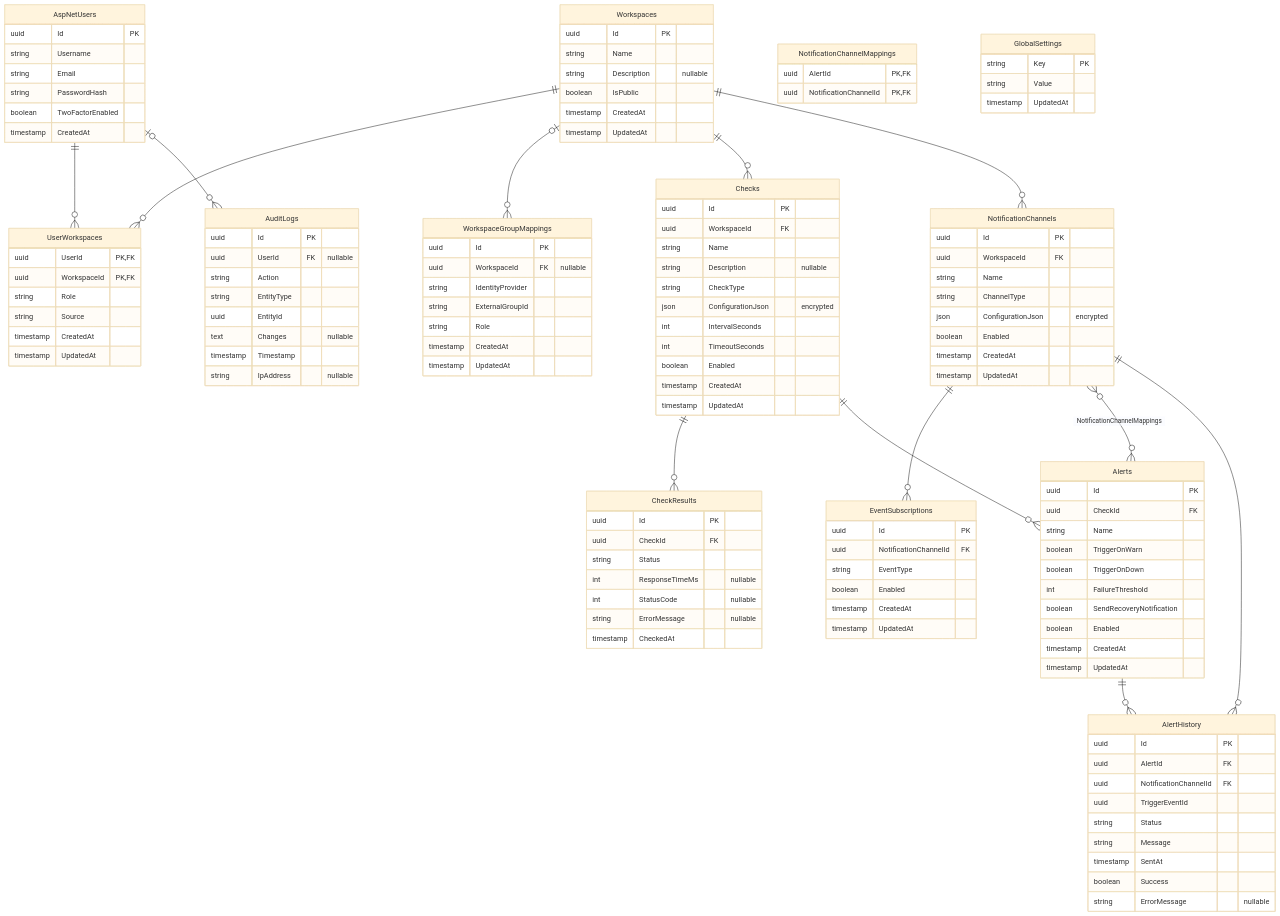
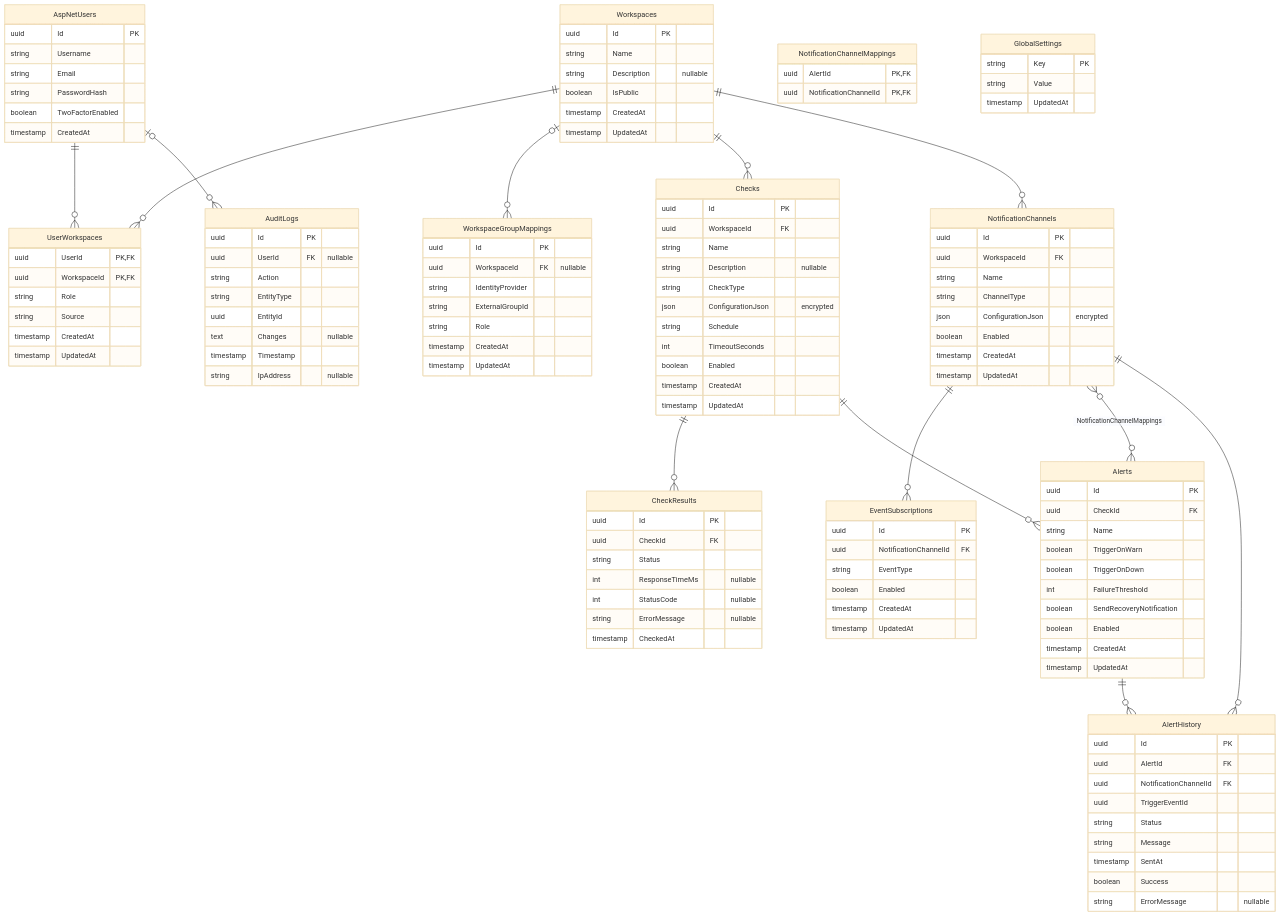
Before and after one commit to arktronic/sama: the diagram in docs/DATABASE_SCHEMA.md, drawn with Mermaid (base theme). The commit also changed 68 other files, not shown here.

```diff
--- a/docs/DATABASE_SCHEMA.md
+++ b/docs/DATABASE_SCHEMA.md
@@ -79,7 +79,7 @@
         string Description "nullable"
         string CheckType
         json ConfigurationJson "encrypted"
-        int IntervalSeconds
+        string Schedule
         int TimeoutSeconds
         boolean Enabled
         timestamp CreatedAt
```
